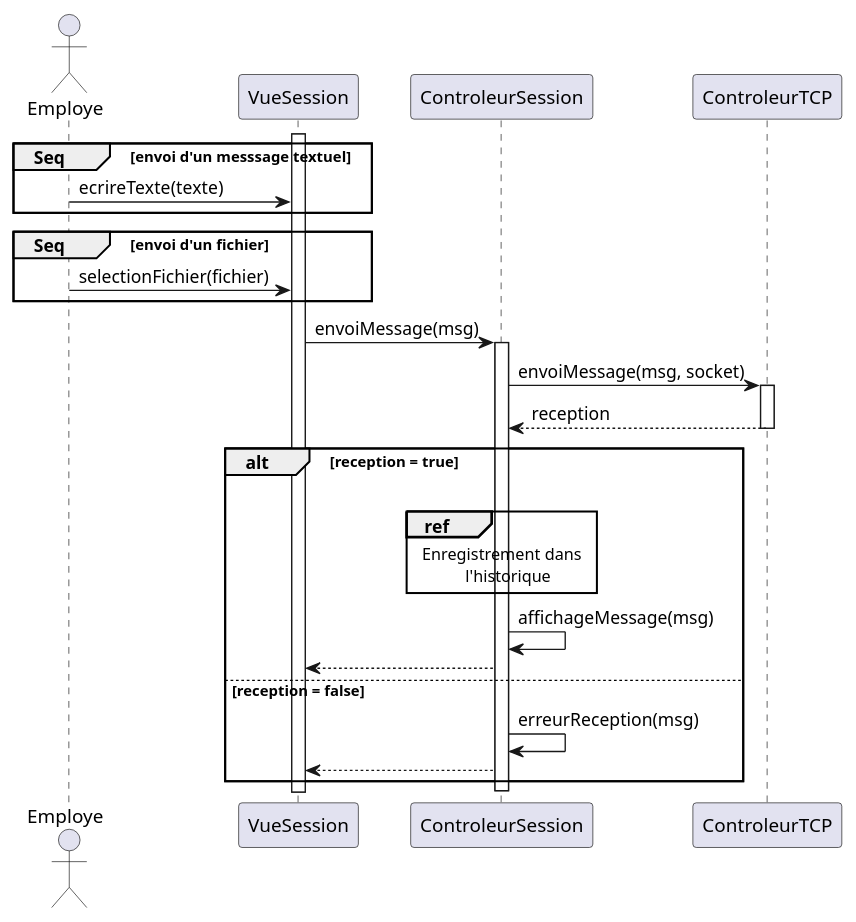
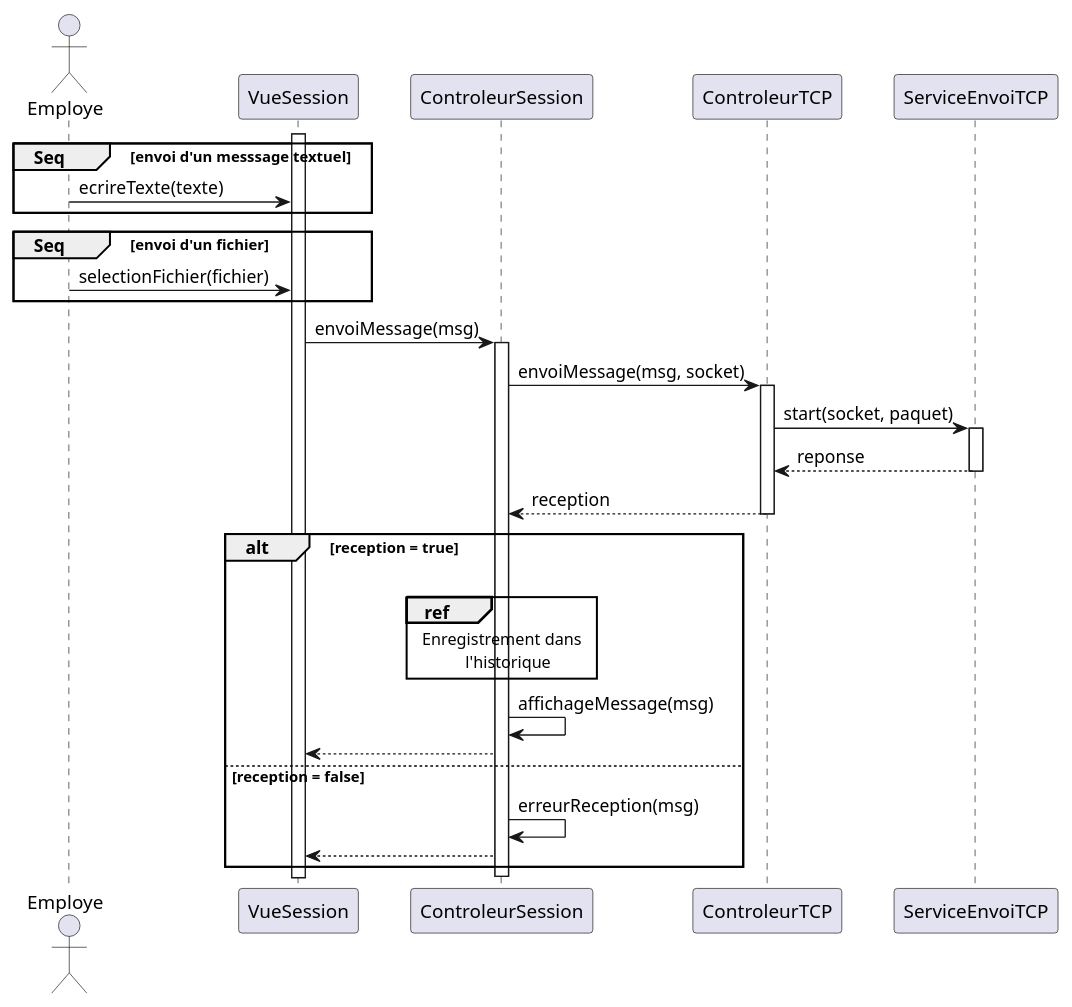
Before and after one commit to arc-hugo/clavardage_uml: the diagram in sequence/envoi_message.wsd, drawn with PlantUML. The commit also changed 1 other file, not shown here.

Commit message:
correction envoi message

```diff
--- a/sequence/envoi_message.wsd
+++ b/sequence/envoi_message.wsd
@@ -1,29 +1,33 @@
 @startuml envoi_message
 actor Employe
 activate VueSession
 group Seq [envoi d'un messsage textuel]
     Employe -> VueSession : ecrireTexte(texte)
 end ref
 group Seq [envoi d'un fichier]
     Employe -> VueSession : selectionFichier(fichier)
 end ref
 VueSession -> ControleurSession : envoiMessage(msg)
 activate ControleurSession
 ControleurSession -> ControleurTCP : envoiMessage(msg, socket)
 activate ControleurTCP
+ControleurTCP -> ServiceEnvoiTCP : start(socket, paquet)
+activate ServiceEnvoiTCP
+ServiceEnvoiTCP --> ControleurTCP : reponse
+deactivate ServiceEnvoiTCP
 ControleurTCP --> ControleurSession : reception
 deactivate ControleurTCP
 alt reception = true
     ControleurSession [hidden]-> ControleurSession
     ref over ControleurSession
         Enregistrement dans
             l'historique 
     end ref
     ControleurSession -> ControleurSession : affichageMessage(msg)
     ControleurSession --> VueSession
 else reception = false
     ControleurSession -> ControleurSession : erreurReception(msg)
     ControleurSession --> VueSession
 end
 deactivate ControleurSession
 @enduml
```
